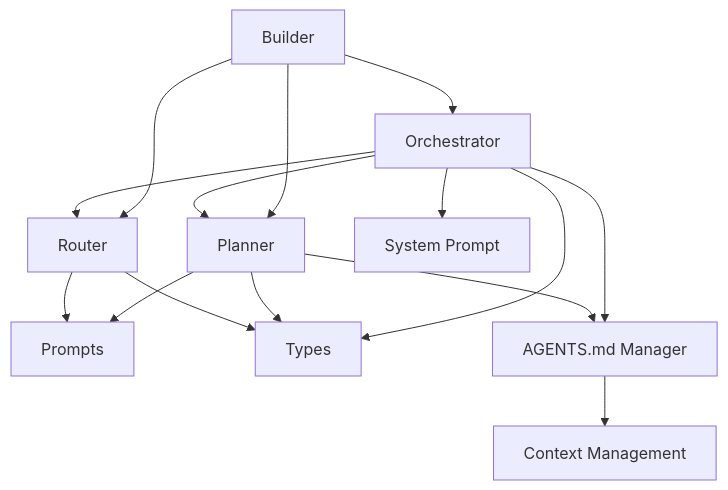
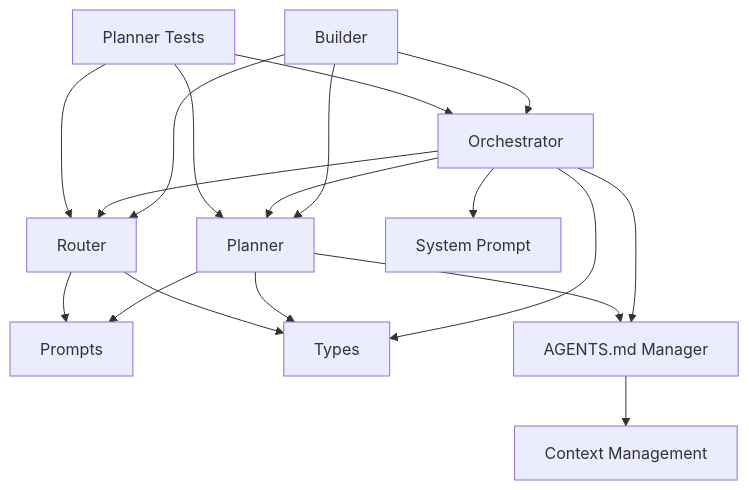
Diagram 11 of 11 in .qoder/repowiki/en/content/Core AI Engine/Planner System.md (v0lka/c0wrk), drawn with Mermaid before and after one commit. The commit also changed other lines of this file and 8 other files, not shown here.

````diff
--- a/.qoder/repowiki/en/content/Core AI Engine/Planner System.md
+++ b/.qoder/repowiki/en/content/Core AI Engine/Planner System.md
@@ -460,17 +522,20 @@
 ```mermaid
 graph TB
 Builder["Builder"] --> Orchestrator["Orchestrator"]
 Builder --> Planner["Planner"]
 Builder --> Router["Router"]
 Orchestrator --> Planner
 Orchestrator --> Router
 Planner --> Prompts["Prompts"]
 Router --> Prompts
 Orchestrator --> Types["Types"]
 Planner --> Types
 Router --> Types
 Orchestrator --> SystemPrompt["System Prompt"]
 Orchestrator --> AgentsMD["AGENTS.md Manager"]
 Planner --> AgentsMD
 AgentsMD --> Context["Context Management"]
+PlannerTests["Planner Tests"] --> Planner
+PlannerTests --> Router
+PlannerTests --> Orchestrator
 ```
````
